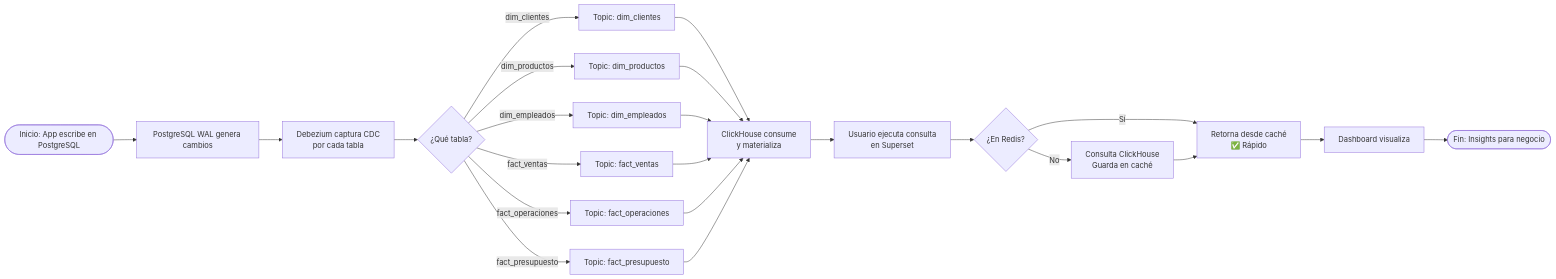
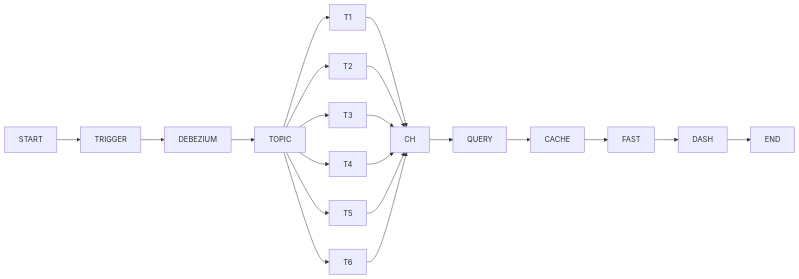
The second of 3 diagrams in README.md (danitorey/superset_generico), drawn with Mermaid before and after one commit. The commit also changed other lines of this file, not shown here.

````diff
--- a/README.md
+++ b/README.md
@@ -78,33 +63,9 @@
 ```mermaid
 flowchart LR
-    START([Inicio: App escribe en PostgreSQL]) --> TRIGGER[PostgreSQL WAL genera cambios]
-    TRIGGER --> DEBEZIUM[Debezium captura CDC
-por cada tabla]
-    DEBEZIUM --> TOPIC{¿Qué tabla?}
-    
-    TOPIC -->|dim_clientes| T1[Topic: dim_clientes]
-    TOPIC -->|dim_productos| T2[Topic: dim_productos]
-    TOPIC -->|dim_empleados| T3[Topic: dim_empleados]
-    TOPIC -->|fact_ventas| T4[Topic: fact_ventas]
-    TOPIC -->|fact_operaciones| T5[Topic: fact_operaciones]
-    TOPIC -->|fact_presupuesto| T6[Topic: fact_presupuesto]
-    
-    T1 --> CH[ClickHouse consume
-y materializa]
-    T2 --> CH
-    T3 --> CH
-    T4 --> CH
-    T5 --> CH
-    T6 --> CH
-    
-    CH --> QUERY[Usuario ejecuta consulta
-en Superset]
-    QUERY --> CACHE{¿En Redis?}
-    CACHE -->|Sí| FAST[Retorna desde caché
-✅ Rápido]
-    CACHE -->|No| SLOW[Consulta ClickHouse
-Guarda en caché]
-    SLOW --> FAST
-    FAST --> DASH[Dashboard visualiza]
-    DASH --> END([Fin: Insights para negocio])
+    START --> TRIGGER --> DEBEZIUM --> TOPIC
+    TOPIC --> T1 & T2 & T3 & T4 & T5 & T6
+    T1 & T2 & T3 & T4 & T5 & T6 --> CH
+    CH --> QUERY --> CACHE
+    CACHE --> FAST
+    FAST --> DASH --> END
 ```
````
